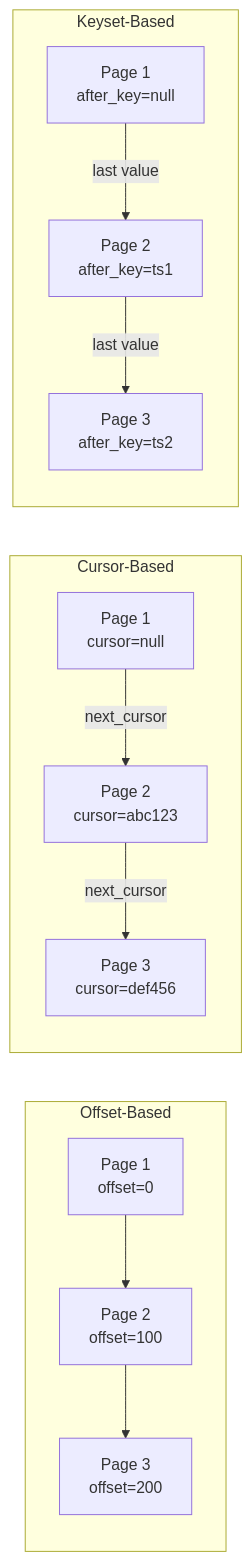
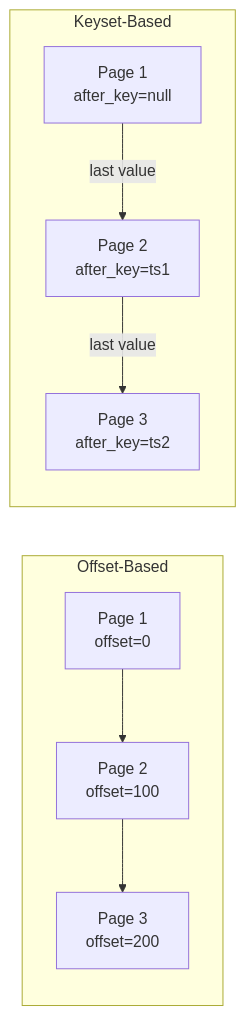
The third of 4 diagrams in docs/data-plane/query-api.md (hyperi-io/dfe-engine), drawn with Mermaid before and after one commit. The commit also changed other lines of this file and 41 other files, not shown here.

````diff
--- a/docs/data-plane/query-api.md
+++ b/docs/data-plane/query-api.md
@@ -264,23 +258,16 @@
 ```mermaid
 flowchart LR
     subgraph Offset["Offset-Based"]
         O1["Page 1<br/>offset=0"]
         O2["Page 2<br/>offset=100"]
         O3["Page 3<br/>offset=200"]
         O1 --> O2 --> O3
     end
 
-    subgraph Cursor["Cursor-Based"]
-        C1["Page 1<br/>cursor=null"]
-        C2["Page 2<br/>cursor=abc123"]
-        C3["Page 3<br/>cursor=def456"]
-        C1 -->|"next_cursor"| C2 -->|"next_cursor"| C3
-    end
-
     subgraph Keyset["Keyset-Based"]
         K1["Page 1<br/>after_key=null"]
         K2["Page 2<br/>after_key=ts1"]
         K3["Page 3<br/>after_key=ts2"]
         K1 -->|"last value"| K2 -->|"last value"| K3
     end
 ```
````
